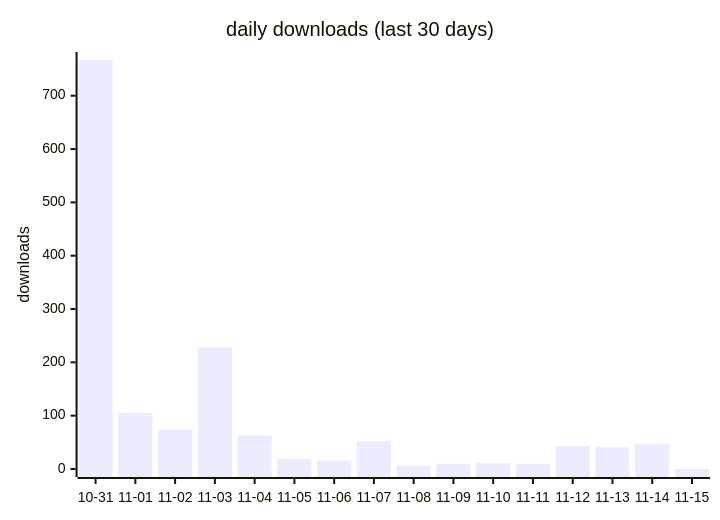
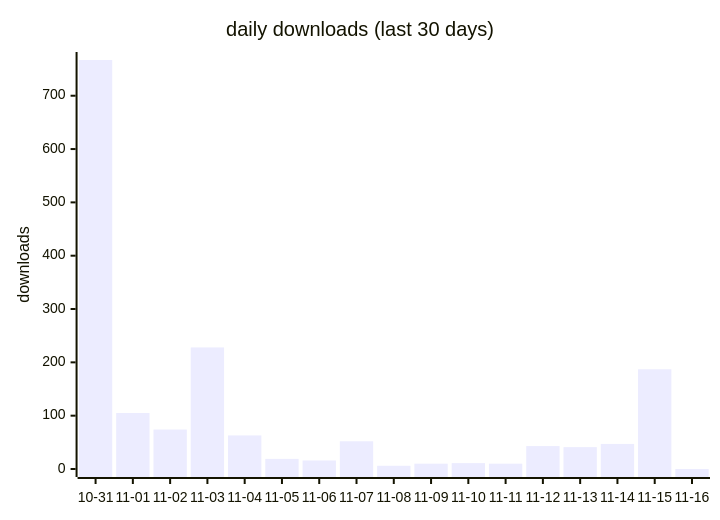
Before and after one commit to terry2010/opencode-loop-recover: the first of 2 diagrams in docs/downloads-2026.md, drawn with Mermaid. The commit also changed other lines of this file and 1 other file, not shown here.

````diff
--- a/docs/downloads-2026.md
+++ b/docs/downloads-2026.md
@@ -19,7 +19,7 @@
 ```mermaid
 xychart-beta
     title "daily downloads (last 30 days)"
-    x-axis ["10-31", "11-01", "11-02", "11-03", "11-04", "11-05", "11-06", "11-07", "11-08", "11-09", "11-10", "11-11", "11-12", "11-13", "11-14", "11-15"]
+    x-axis ["10-31", "11-01", "11-02", "11-03", "11-04", "11-05", "11-06", "11-07", "11-08", "11-09", "11-10", "11-11", "11-12", "11-13", "11-14", "11-15", "11-16"]
     y-axis "downloads" 0 --> 767
-    bar [767, 105, 74, 228, 63, 19, 16, 52, 6, 10, 11, 10, 43, 41, 47, 0]
+    bar [767, 105, 74, 228, 63, 19, 16, 52, 6, 10, 11, 10, 43, 41, 47, 187, 0]
 ```
````
